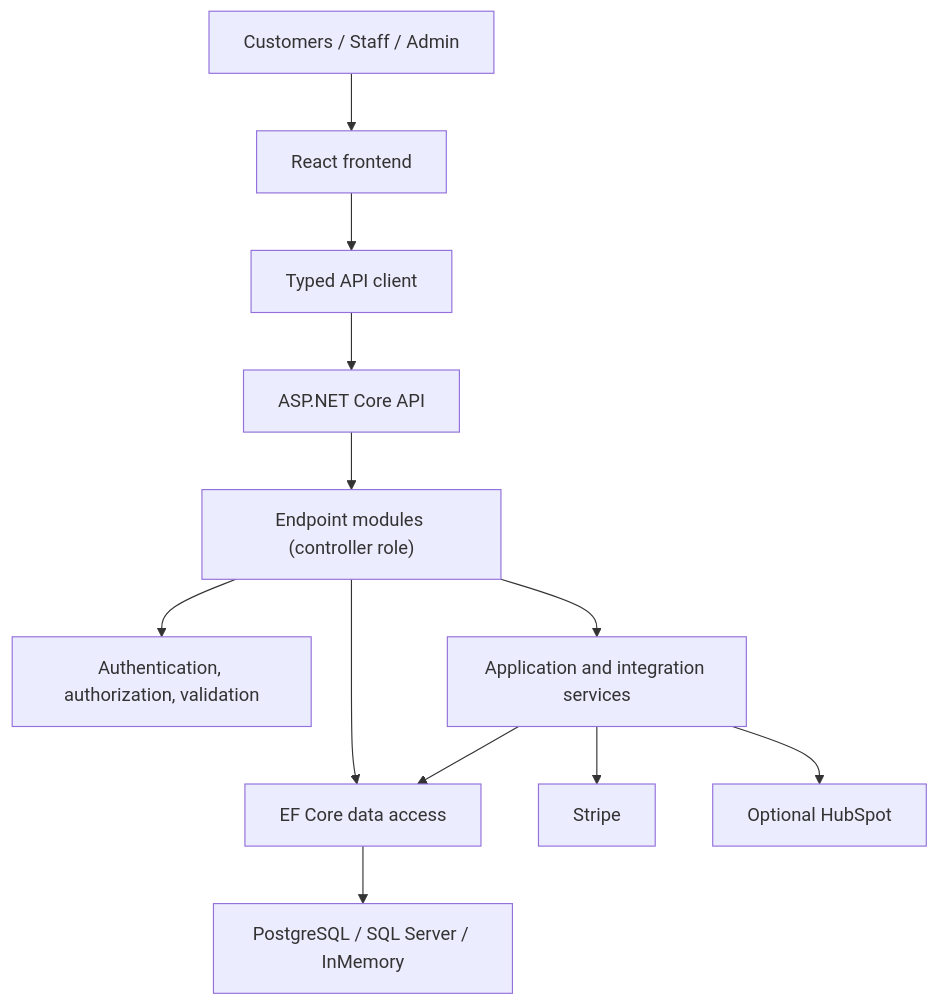
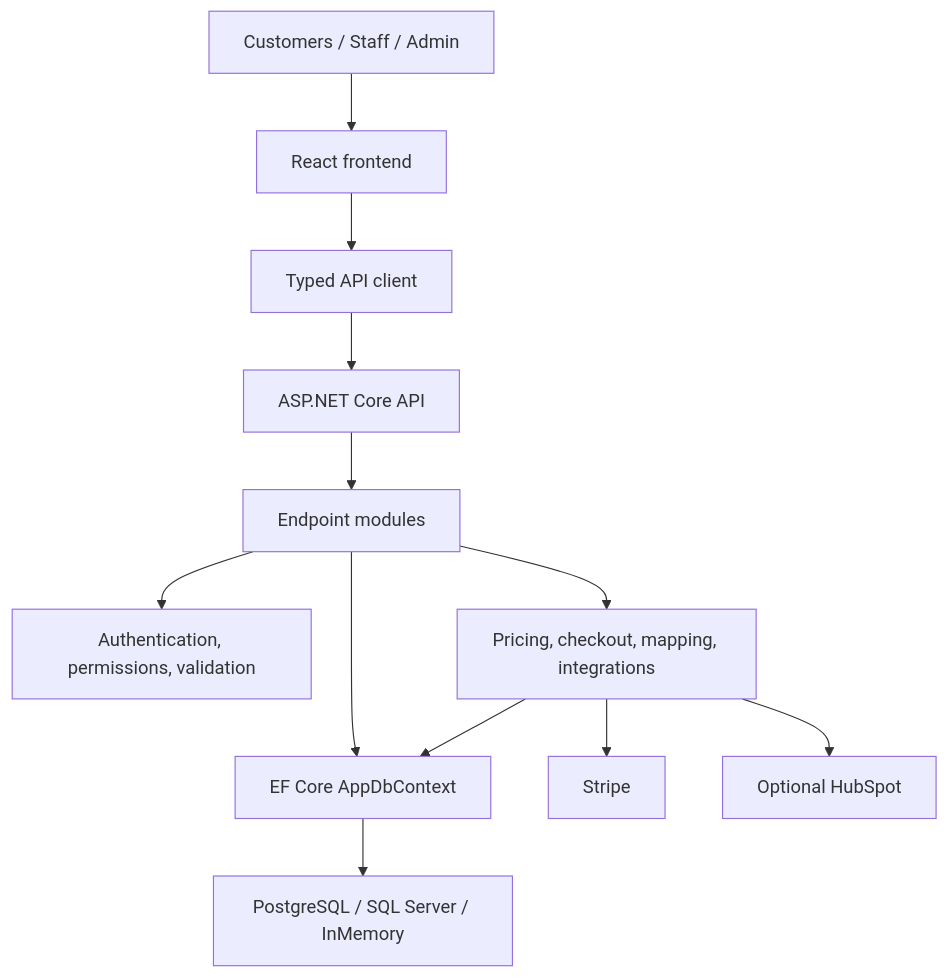
The first of 2 diagrams in README.md (pancakebaker/dotnet-react-ecommerce-demo), drawn with Mermaid before and after one commit. The commit also changed other lines of this file and 16 other files, not shown here.

````diff
--- a/README.md
+++ b/README.md
@@ -101,14 +79,14 @@
 ```mermaid
 flowchart TB
   Users["Customers / Staff / Admin"] --> Frontend["React frontend"]
   Frontend --> Client["Typed API client"]
   Client --> Api["ASP.NET Core API"]
-  Api --> Endpoints["Endpoint modules (controller role)"]
-  Endpoints --> Auth["Authentication, authorization, validation"]
-  Endpoints --> Services["Application and integration services"]
-  Endpoints --> Data["EF Core data access"]
+  Api --> Endpoints["Endpoint modules"]
+  Endpoints --> Controls["Authentication, permissions, validation"]
+  Endpoints --> Services["Pricing, checkout, mapping, integrations"]
+  Endpoints --> Data["EF Core AppDbContext"]
   Services --> Data
   Data --> Database["PostgreSQL / SQL Server / InMemory"]
   Services --> Stripe["Stripe"]
   Services --> HubSpot["Optional HubSpot"]
 ```
````
